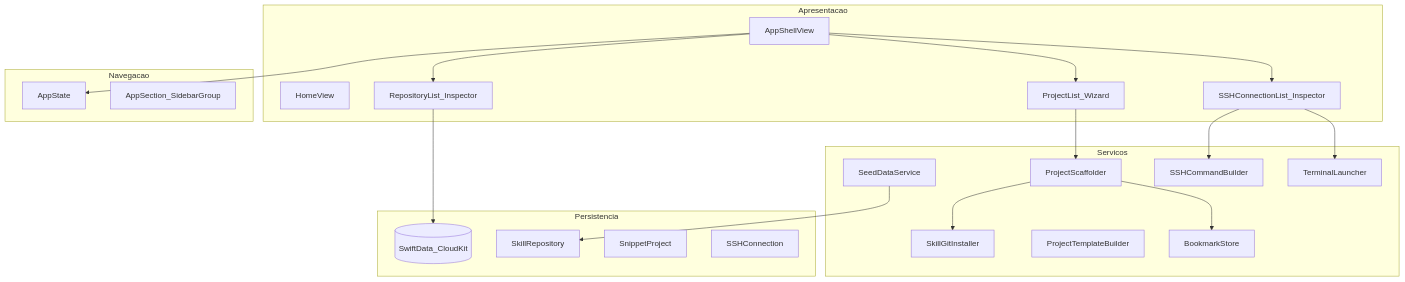
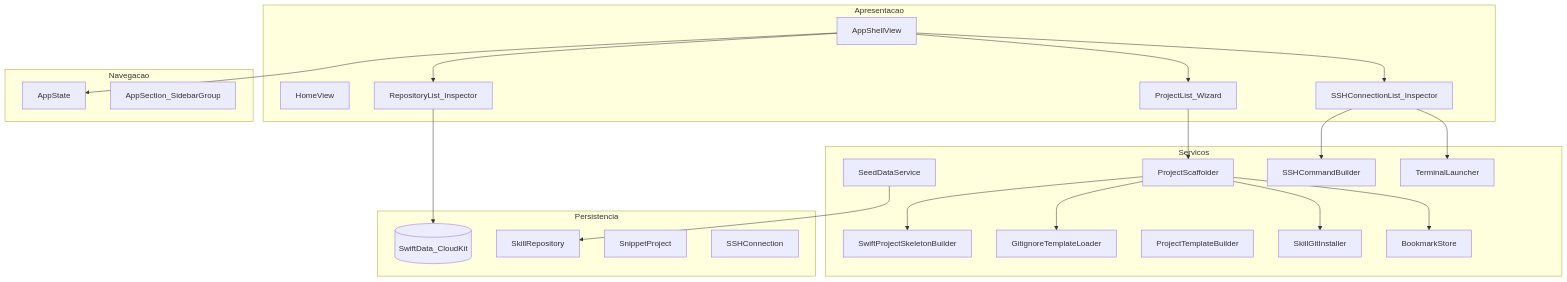
One commit to micheltlutz/ml-terminal-snippets changed the diagram in docs/architecture.md. Above: the diagram before and after it, drawn with Mermaid. The commit also changed other lines of this file and 38 other files, not shown here.

````diff
--- a/docs/architecture.md
+++ b/docs/architecture.md
@@ -26,44 +26,48 @@
 ```mermaid
 flowchart TB
   subgraph presentation [Apresentacao]
     Shell[AppShellView]
     Home[HomeView]
     Repos[RepositoryList_Inspector]
     Projects[ProjectList_Wizard]
     SSH[SSHConnectionList_Inspector]
   end
 
   subgraph navigation [Navegacao]
     AppState[AppState]
     AppSection[AppSection_SidebarGroup]
   end
 
   subgraph services [Servicos]
     Seed[SeedDataService]
     Scaffold[ProjectScaffolder]
+    Skeleton[SwiftProjectSkeletonBuilder]
     GitInstall[SkillGitInstaller]
     Templates[ProjectTemplateBuilder]
+    GitignoreL[GitignoreTemplateLoader]
     SSHCmd[SSHCommandBuilder]
     Terminal[TerminalLauncher]
     Bookmark[BookmarkStore]
   end
 
   subgraph persistence [Persistencia]
     SD[(SwiftData_CloudKit)]
     SkillRepo[SkillRepository]
     SnippetProj[SnippetProject]
     SSHConn[SSHConnection]
   end
 
   Shell --> AppState
   Shell --> Repos
   Shell --> Projects
   Shell --> SSH
   Repos --> SD
   Projects --> Scaffold
+  Scaffold --> Skeleton
+  Scaffold --> GitignoreL
   Scaffold --> GitInstall
   SSH --> SSHCmd
   SSH --> Terminal
   Scaffold --> Bookmark
   Seed --> SkillRepo
 ```
````
